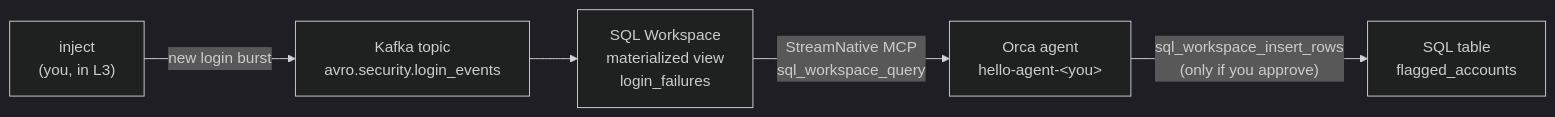
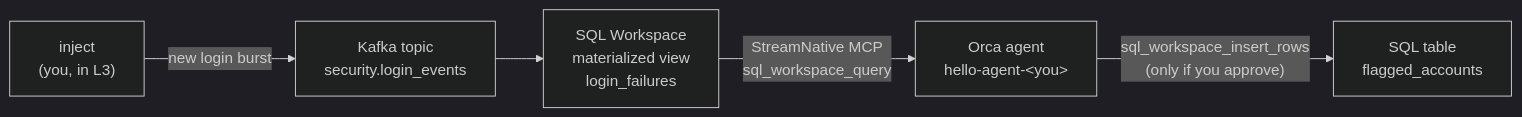
The diagram in README.md (streamnative/dataplusagent-hackathon-tutorial), drawn with Mermaid (dark theme) before and after one commit. The commit also changed other lines of this file and 23 other files, not shown here.

````diff
--- a/README.md
+++ b/README.md
@@ -19,7 +19,7 @@
 ```mermaid
 flowchart LR
-    K["Kafka topic<br/>avro.security.login_events"] --> S["SQL Workspace<br/>materialized view<br/>login_failures"]
+    K["Kafka topic<br/>security.login_events"] --> S["SQL Workspace<br/>materialized view<br/>login_failures"]
     J["inject<br/>(you, in L3)"] -- "new login burst" --> K
     S -- "StreamNative MCP<br/>sql_workspace_query" --> A["Orca agent<br/>hello-agent-&lt;you&gt;"]
     A -- "sql_workspace_insert_rows<br/>(only if you approve)" --> F["SQL table<br/>flagged_accounts"]
 ```
````
